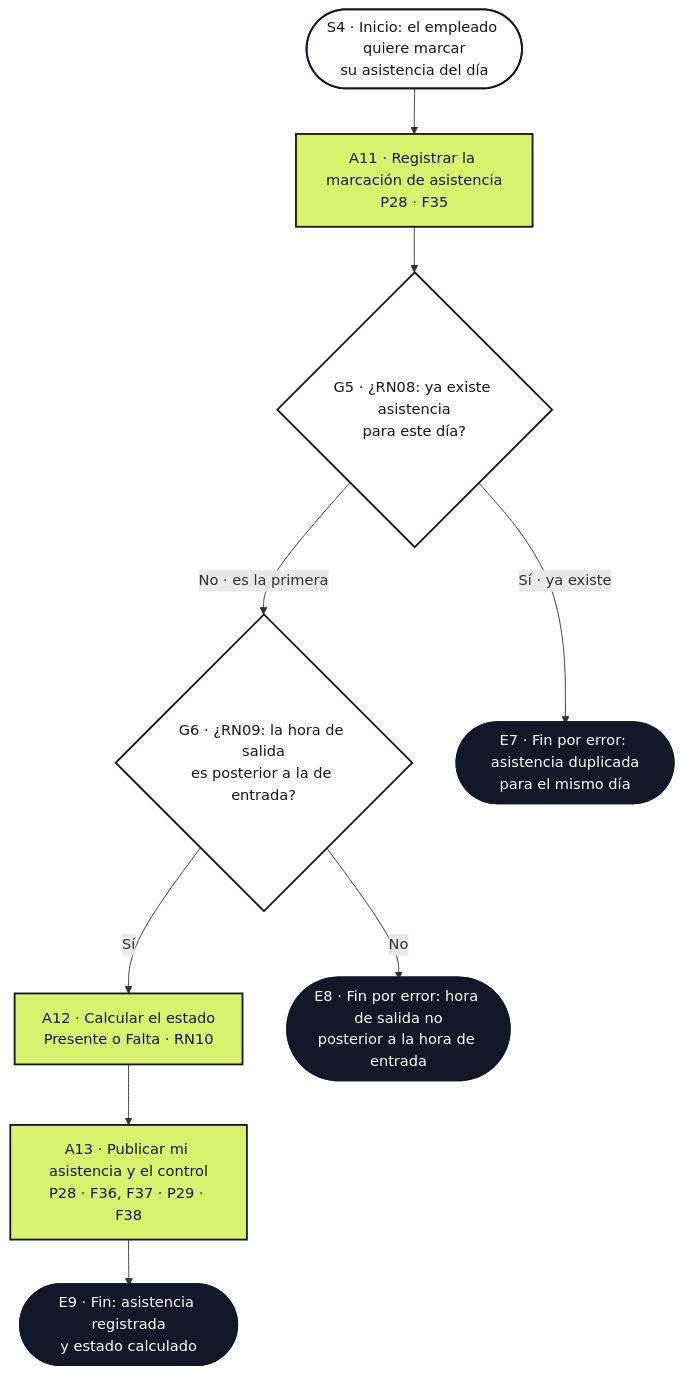
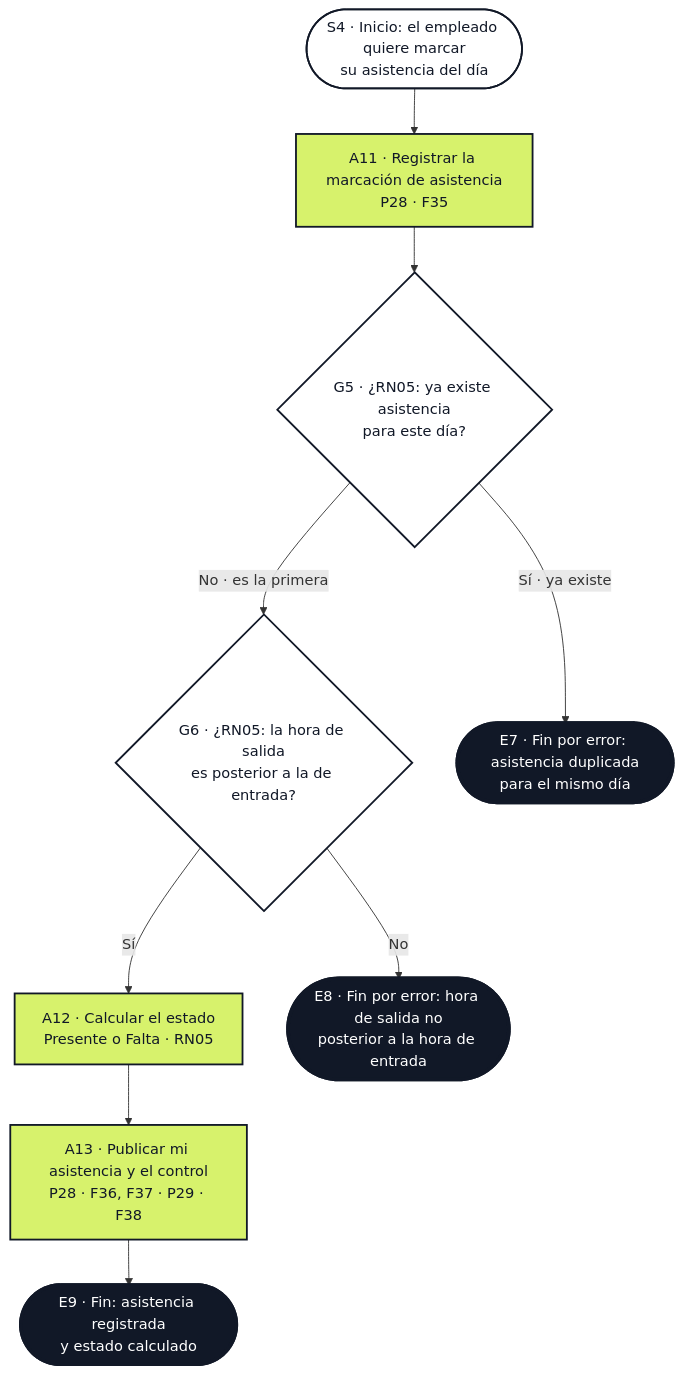
The third of 3 diagrams in documentacion/09_bpmn.md (4dr1-2529/gasolineria-ingweb), drawn with Mermaid before and after one commit. The commit also changed other lines of this file and 114 other files, not shown here.

````diff
--- a/documentacion/09_bpmn.md
+++ b/documentacion/09_bpmn.md
@@ -161,23 +161,23 @@
 ```mermaid
 flowchart TB
   classDef start fill:#ffffff,stroke:#111827,stroke-width:2px,color:#111827;
   classDef endn fill:#111827,stroke:#111827,stroke-width:4px,color:#ffffff;
   classDef task fill:#d7f26c,stroke:#111827,stroke-width:2px,color:#111827;
   classDef gw fill:#ffffff,stroke:#111827,stroke-width:2px,color:#111827;
 
   S4(["S4 · Inicio: el empleado quiere marcar<br/>su asistencia del día"]):::start
   A11["A11 · Registrar la marcación de asistencia<br/>P28 · F35"]:::task
-  G5{"G5 · ¿RN08: ya existe asistencia<br/>para este día?"}:::gw
-  G6{"G6 · ¿RN09: la hora de salida<br/>es posterior a la de entrada?"}:::gw
-  A12["A12 · Calcular el estado<br/>Presente o Falta · RN10"]:::task
+  G5{"G5 · ¿RN05: ya existe asistencia<br/>para este día?"}:::gw
+  G6{"G6 · ¿RN05: la hora de salida<br/>es posterior a la de entrada?"}:::gw
+  A12["A12 · Calcular el estado<br/>Presente o Falta · RN05"]:::task
   A13["A13 · Publicar mi asistencia y el control<br/>P28 · F36, F37 · P29 · F38"]:::task
   E7(["E7 · Fin por error: asistencia duplicada<br/>para el mismo día"]):::endn
   E8(["E8 · Fin por error: hora de salida no<br/>posterior a la hora de entrada"]):::endn
   E9(["E9 · Fin: asistencia registrada<br/>y estado calculado"]):::endn
 
   S4 --> A11 --> G5
   G5 -- "No · es la primera" --> G6
   G6 -- "Sí" --> A12 --> A13 --> E9
   G5 -- "Sí · ya existe" --> E7
   G6 -- "No" --> E8
 ```
````
